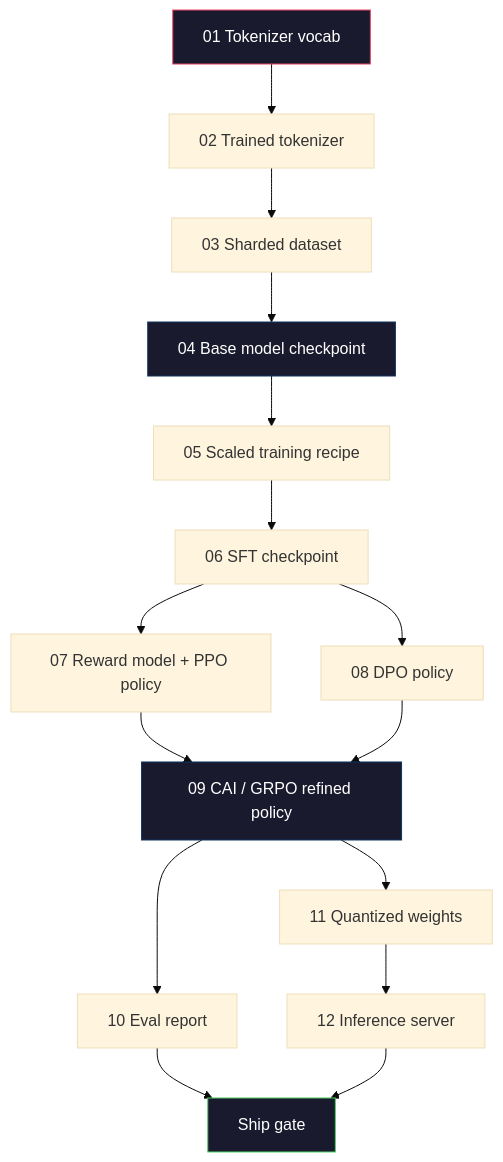
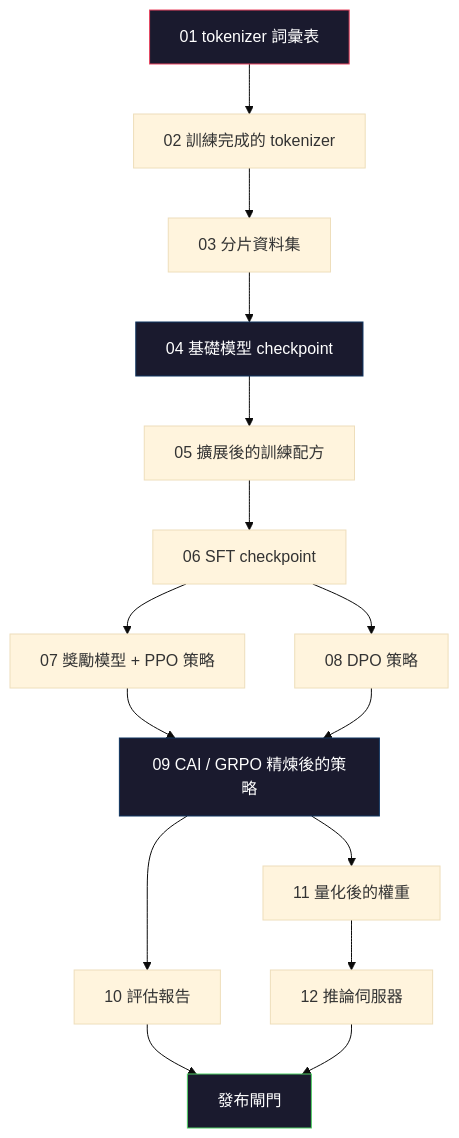
The first of 2 diagrams in i18n/zh-TW/phases/10-llms-from-scratch/13-building-complete-llm-pipeline/docs/zh-TW.md (edward821220/ai-engineering-from-scratch), drawn with Mermaid (base theme) before and after one commit. The commit also changed other lines of this file and 123 other files, not shown here.

````diff
--- a/i18n/zh-TW/phases/10-llms-from-scratch/13-building-complete-llm-pipeline/docs/zh-TW.md
+++ b/i18n/zh-TW/phases/10-llms-from-scratch/13-building-complete-llm-pipeline/docs/zh-TW.md
@@ -33,22 +33,22 @@
 ```mermaid
 graph TD
-    S1["01 Tokenizer vocab"] --> S2["02 Trained tokenizer"]
-    S2 --> S3["03 Sharded dataset"]
-    S3 --> S4["04 Base model checkpoint"]
-    S4 --> S5["05 Scaled training recipe"]
+    S1["01 tokenizer 詞彙表"] --> S2["02 訓練完成的 tokenizer"]
+    S2 --> S3["03 分片資料集"]
+    S3 --> S4["04 基礎模型 checkpoint"]
+    S4 --> S5["05 擴展後的訓練配方"]
     S5 --> S6["06 SFT checkpoint"]
-    S6 --> S7["07 Reward model + PPO policy"]
-    S6 --> S8["08 DPO policy"]
-    S7 --> S9["09 CAI / GRPO refined policy"]
+    S6 --> S7["07 獎勵模型 + PPO 策略"]
+    S6 --> S8["08 DPO 策略"]
+    S7 --> S9["09 CAI / GRPO 精煉後的策略"]
     S8 --> S9
-    S9 --> S10["10 Eval report"]
-    S9 --> S11["11 Quantized weights"]
-    S11 --> S12["12 Inference server"]
-    S10 --> GATE["Ship gate"]
+    S9 --> S10["10 評估報告"]
+    S9 --> S11["11 量化後的權重"]
+    S11 --> S12["12 推論伺服器"]
+    S10 --> GATE["發布閘門"]
     S12 --> GATE
 
     style S1 fill:#1a1a2e,stroke:#e94560,color:#fff
     style S4 fill:#1a1a2e,stroke:#0f3460,color:#fff
     style S9 fill:#1a1a2e,stroke:#0f3460,color:#fff
     style GATE fill:#1a1a2e,stroke:#51cf66,color:#fff
 ```
````
